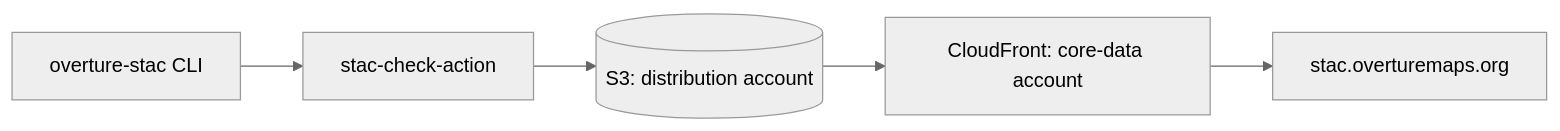
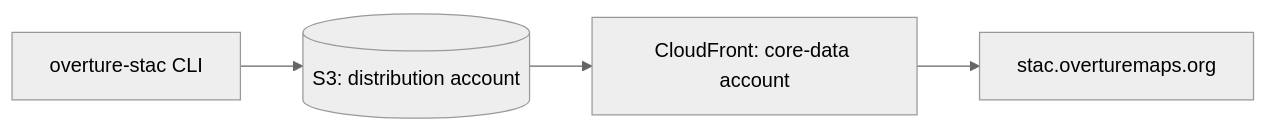
One commit to OvertureMaps/stac changed the diagram in docs/architecture.md. Above: the diagram before and after it, drawn with Mermaid (neutral theme). The commit also changed other lines of this file and 17 other files, not shown here.

````diff
--- a/docs/architecture.md
+++ b/docs/architecture.md
@@ -7,7 +7,6 @@
 ```mermaid
 flowchart LR
-    A[overture-stac CLI] --> B[stac-check-action]
-    B --> C[(S3: distribution account)]
+    A[overture-stac CLI] --> C[(S3: distribution account)]
     C --> D[CloudFront: core-data account]
     D --> E[stac.overturemaps.org]
 ```
````
